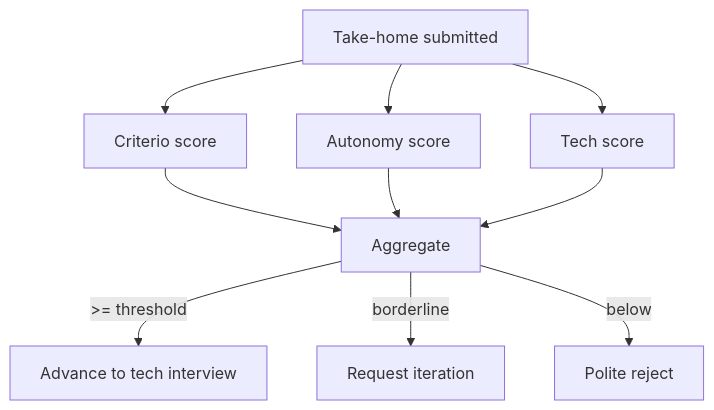
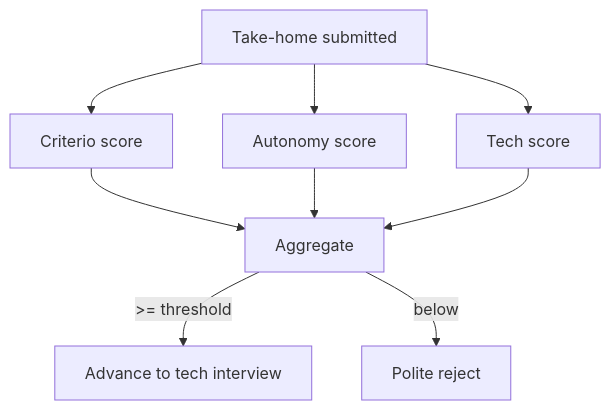
One commit to Tailor-Mind/tm-team-pub changed the diagram in diagrams/scoring.mmd. Above: the diagram before and after it, drawn with Mermaid. The commit also changed 18 other files, not shown here.

```diff
--- a/diagrams/scoring.mmd
+++ b/diagrams/scoring.mmd
@@ -1,10 +1,9 @@
 flowchart TD
   TH[Take-home submitted] --> S1[Criterio score]
   TH --> S2[Autonomy score]
   TH --> S3[Tech score]
   S1 --> AG[Aggregate]
   S2 --> AG
   S3 --> AG
   AG -->|>= threshold| P[Advance to tech interview]
-  AG -->|borderline| I[Request iteration]
   AG -->|below| R[Polite reject]
```
